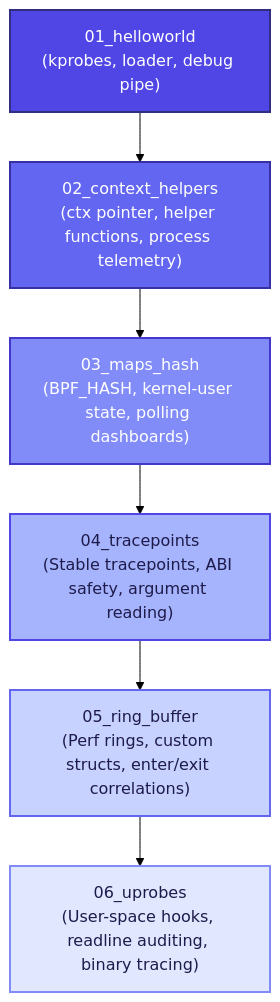
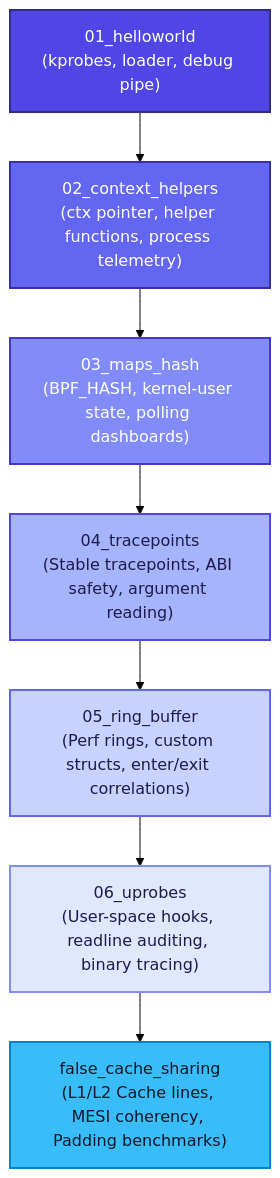
One commit to securestrat/ebpf-teaching-scripts-demo changed the diagram in README.md. Above: the diagram before and after it, drawn with Mermaid (forest theme). The commit also changed other lines of this file and 7 other files, not shown here.

Commit message:
Add false cache sharing demo, padding fix, and benchmark suite

````diff
--- a/README.md
+++ b/README.md
@@ -13,15 +13,17 @@
 ```mermaid
 graph TD
     A["01_helloworld<br/>(kprobes, loader, debug pipe)"] --> B["02_context_helpers<br/>(ctx pointer, helper functions, process telemetry)"]
     B --> C["03_maps_hash<br/>(BPF_HASH, kernel-user state, polling dashboards)"]
     C --> D["04_tracepoints<br/>(Stable tracepoints, ABI safety, argument reading)"]
     D --> E["05_ring_buffer<br/>(Perf rings, custom structs, enter/exit correlations)"]
     E --> F["06_uprobes<br/>(User-space hooks, readline auditing, binary tracing)"]
+    F --> G["false_cache_sharing<br/>(L1/L2 Cache lines, MESI coherency, Padding benchmarks)"]
     
     style A fill:#4F46E5,stroke:#312E81,stroke-width:2px,color:#fff
     style B fill:#6366F1,stroke:#3730A3,stroke-width:2px,color:#fff
     style C fill:#818CF8,stroke:#4338CA,stroke-width:2px,color:#fff
     style D fill:#A5B4FC,stroke:#4F46E5,stroke-width:2px,color:#1E1B4B
     style E fill:#C7D2FE,stroke:#6366F1,stroke-width:2px,color:#1E1B4B
     style F fill:#E0E7FF,stroke:#818CF8,stroke-width:2px,color:#1E1B4B
+    style G fill:#38BDF8,stroke:#0284C7,stroke-width:2px,color:#0F172A
 ```
````
